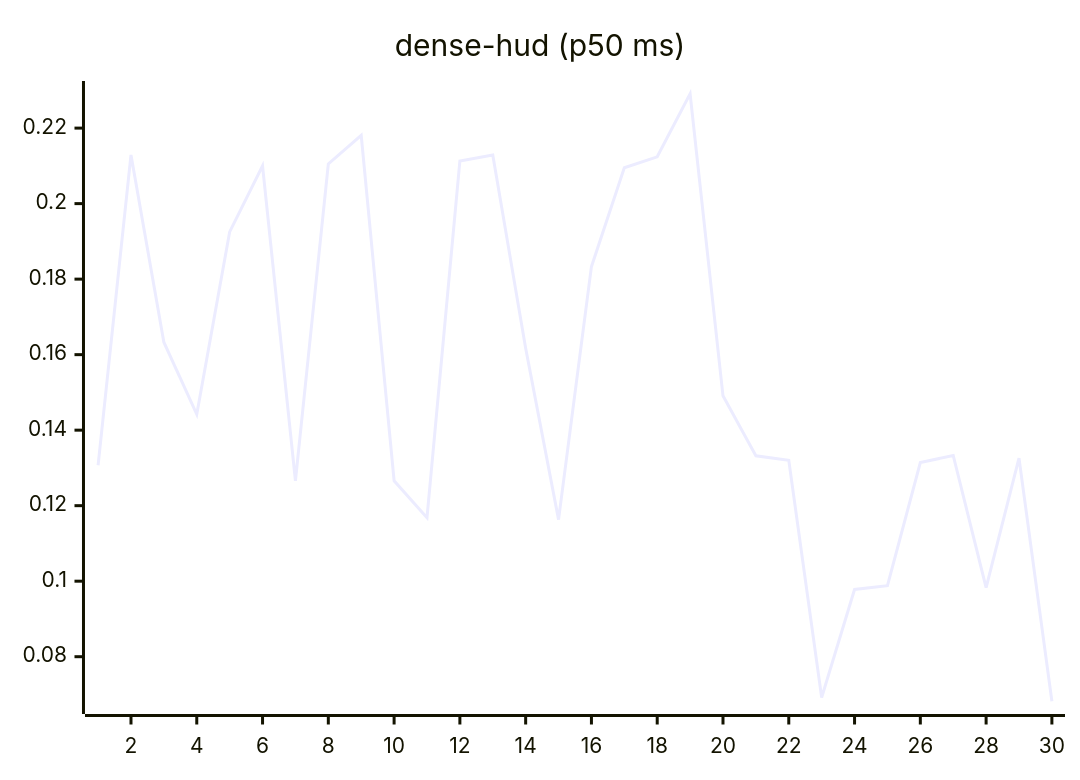
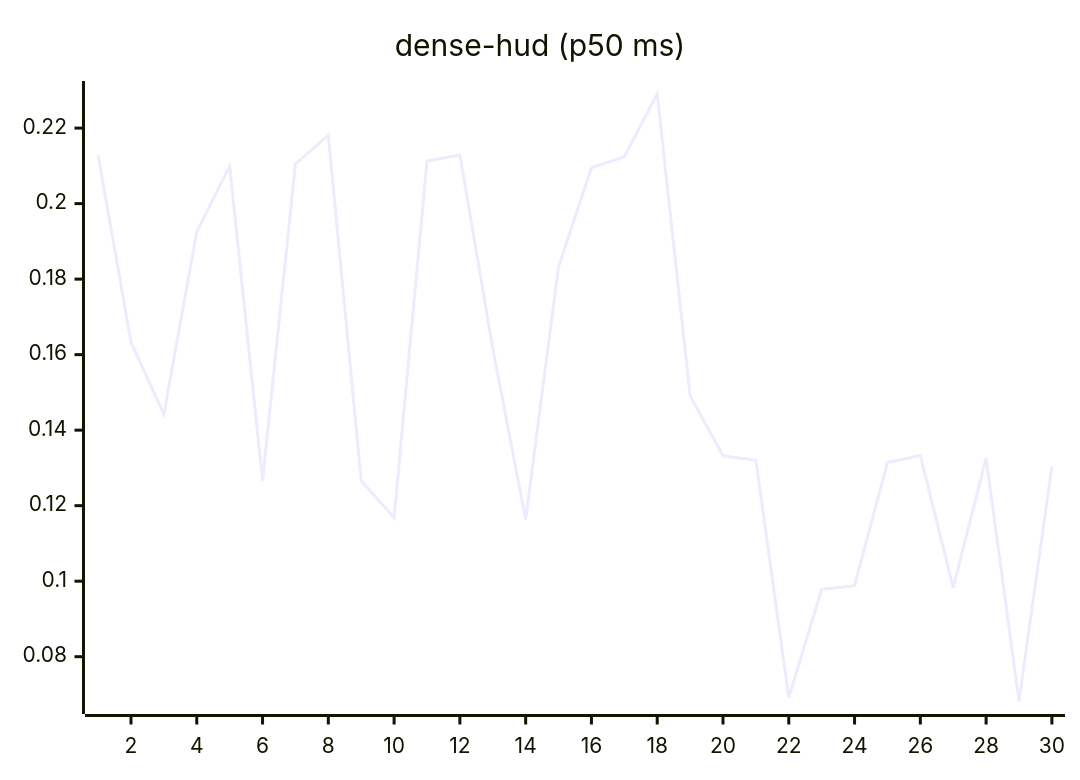
Before and after one commit to josha/Facet: the eighth of 27 diagrams in README.md, drawn with Mermaid. The commit also changed other lines of this file and 2 other files, not shown here.

````diff
--- a/README.md
+++ b/README.md
@@ -112,6 +112,6 @@
 ```mermaid
 xychart-beta
     title "dense-hud (p50 ms)"
     x-axis 1 --> 30
-    line [0.1307, 0.2129, 0.1633, 0.1442, 0.1925, 0.2100, 0.1266, 0.2105, 0.2181, 0.1266, 0.1168, 0.2113, 0.2129, 0.1617, 0.1163, 0.1833, 0.2095, 0.2124, 0.2291, 0.1491, 0.1332, 0.1320, 0.0692, 0.0978, 0.0988, 0.1314, 0.1333, 0.0983, 0.1326, 0.0682]
+    line [0.2129, 0.1633, 0.1442, 0.1925, 0.2100, 0.1266, 0.2105, 0.2181, 0.1266, 0.1168, 0.2113, 0.2129, 0.1617, 0.1163, 0.1833, 0.2095, 0.2124, 0.2291, 0.1491, 0.1332, 0.1320, 0.0692, 0.0978, 0.0988, 0.1314, 0.1333, 0.0983, 0.1326, 0.0682, 0.1304]
 ```
````
